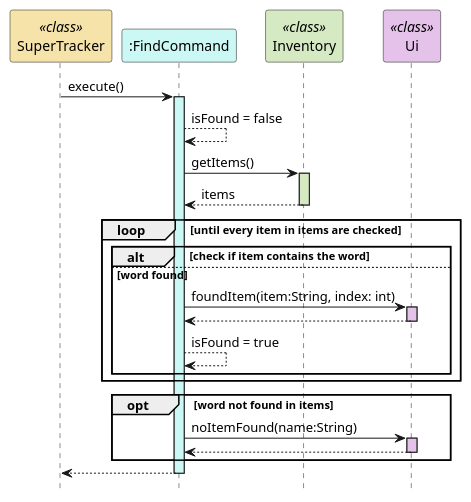
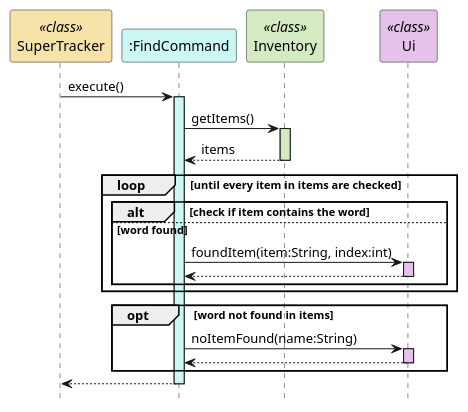
One commit to nus-cs2113-AY2324S2/tp changed the second of 2 diagrams in docs/uml-diagrams/FindCommand.puml. Above: the diagram before and after it, drawn with PlantUML. The commit also changed other lines of this file and 3 other files, not shown here.

```diff
--- a/docs/uml-diagrams/FindCommand.puml
+++ b/docs/uml-diagrams/FindCommand.puml
@@ -42,39 +42,35 @@
 @startuml
 hide footbox
 participant "SuperTracker" as SuperTracker <<class>> #f5e3a9
 participant ":FindCommand" as FindCommand #cbf7f4
 participant "Inventory" as Inventory <<class>> #d5eac2
 participant "Ui" as Ui <<class>> #e5c2ea
 
 SuperTracker -> FindCommand : execute()
 activate FindCommand #cbf7f4
 
-FindCommand --> FindCommand : isFound = false
-
-
 FindCommand -> Inventory : getItems()
 activate Inventory #d5eac2
 Inventory --> FindCommand : items
 deactivate Inventory
 
 loop until every item in items are checked
     alt check if item contains the word
     else word found
-    FindCommand -> Ui : foundItem(item:String, index: int)
+    FindCommand -> Ui : foundItem(item:String, index:int)
     activate Ui #e5c2ea
     Ui --> FindCommand
     deactivate Ui
-    FindCommand --> FindCommand : isFound = true
     end
 end
 
 opt word not found in items
 FindCommand -> Ui : noItemFound(name:String)
 activate Ui #e5c2ea
 Ui --> FindCommand
 deactivate Ui
 end
 
 FindCommand --> SuperTracker
 deactivate FindCommand
 @enduml
```
